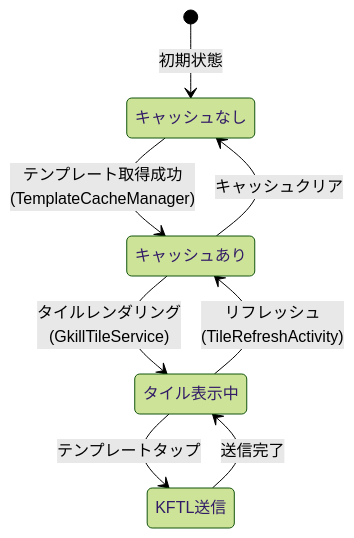
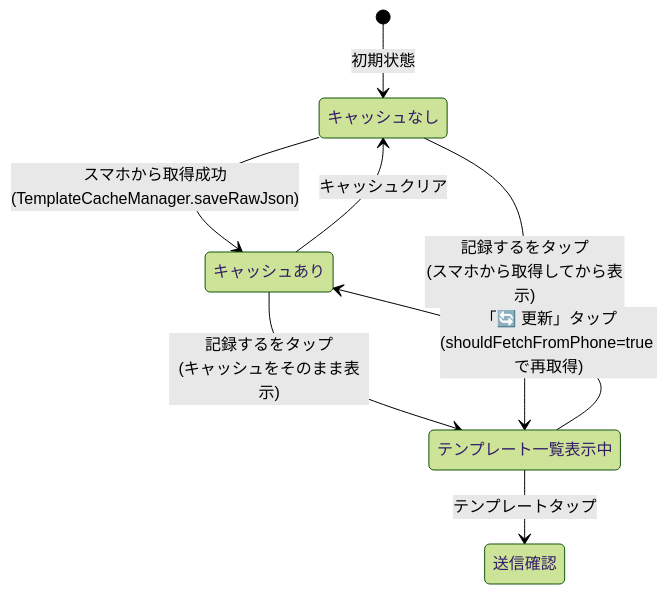
One commit to mt3hr/gkill changed the sixth of 11 diagrams in documents/reverse/state-machines.md. Above: the diagram before and after it, drawn with Mermaid (forest theme). The commit also changed other lines of this file and 12 other files, not shown here.

````diff
--- a/documents/reverse/state-machines.md
+++ b/documents/reverse/state-machines.md
@@ -272,15 +275,15 @@
 ```mermaid
 stateDiagram-v2
     [*] --> キャッシュなし: 初期状態
 
-    キャッシュなし --> キャッシュあり: テンプレート取得成功<br>(TemplateCacheManager)
+    キャッシュなし --> キャッシュあり: スマホから取得成功<br>(TemplateCacheManager.saveRawJson)
 
-    キャッシュあり --> タイル表示中: タイルレンダリング<br>(GkillTileService)
+    キャッシュあり --> テンプレート一覧表示中: 記録するをタップ<br>(キャッシュをそのまま表示)
+    キャッシュなし --> テンプレート一覧表示中: 記録するをタップ<br>(スマホから取得してから表示)
 
-    タイル表示中 --> KFTL送信: テンプレートタップ
-    KFTL送信 --> タイル表示中: 送信完了
+    テンプレート一覧表示中 --> 送信確認: テンプレートタップ
+
+    テンプレート一覧表示中 --> キャッシュあり: 「🔄 更新」タップ<br>(shouldFetchFromPhone=true で再取得)
 
     キャッシュあり --> キャッシュなし: キャッシュクリア
-
-    タイル表示中 --> キャッシュあり: リフレッシュ<br>(TileRefreshActivity)
 ```
````
